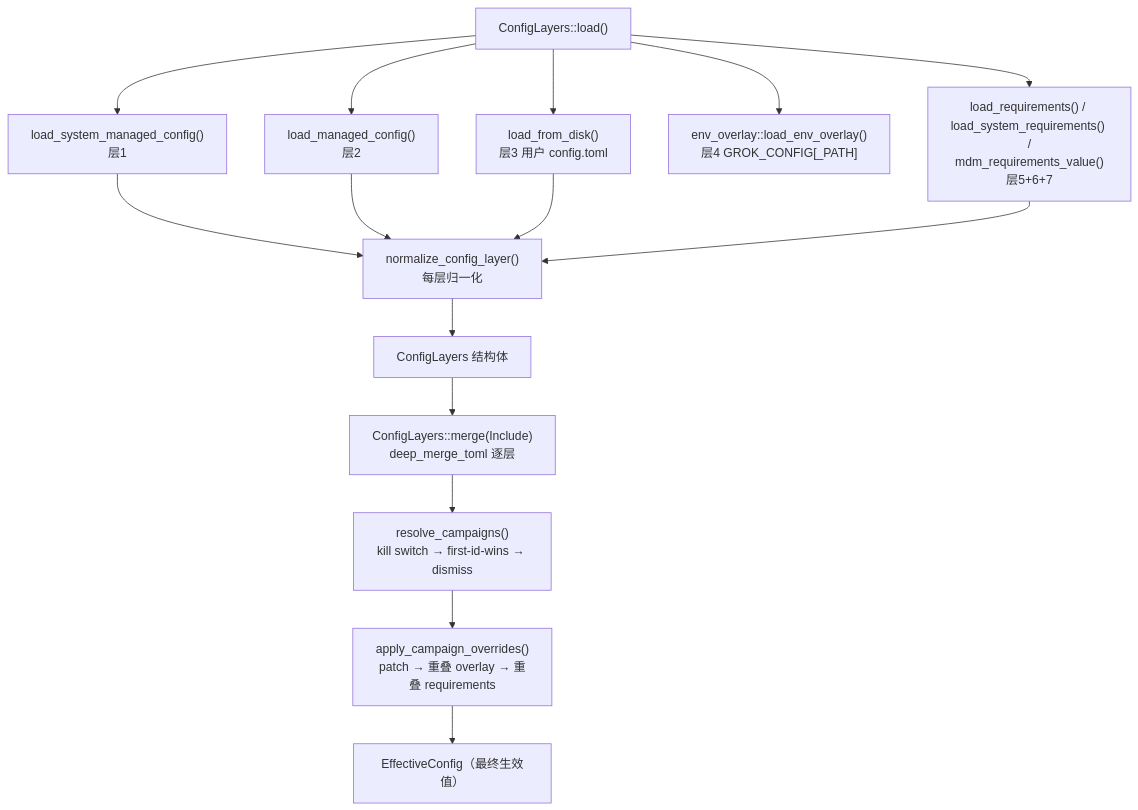
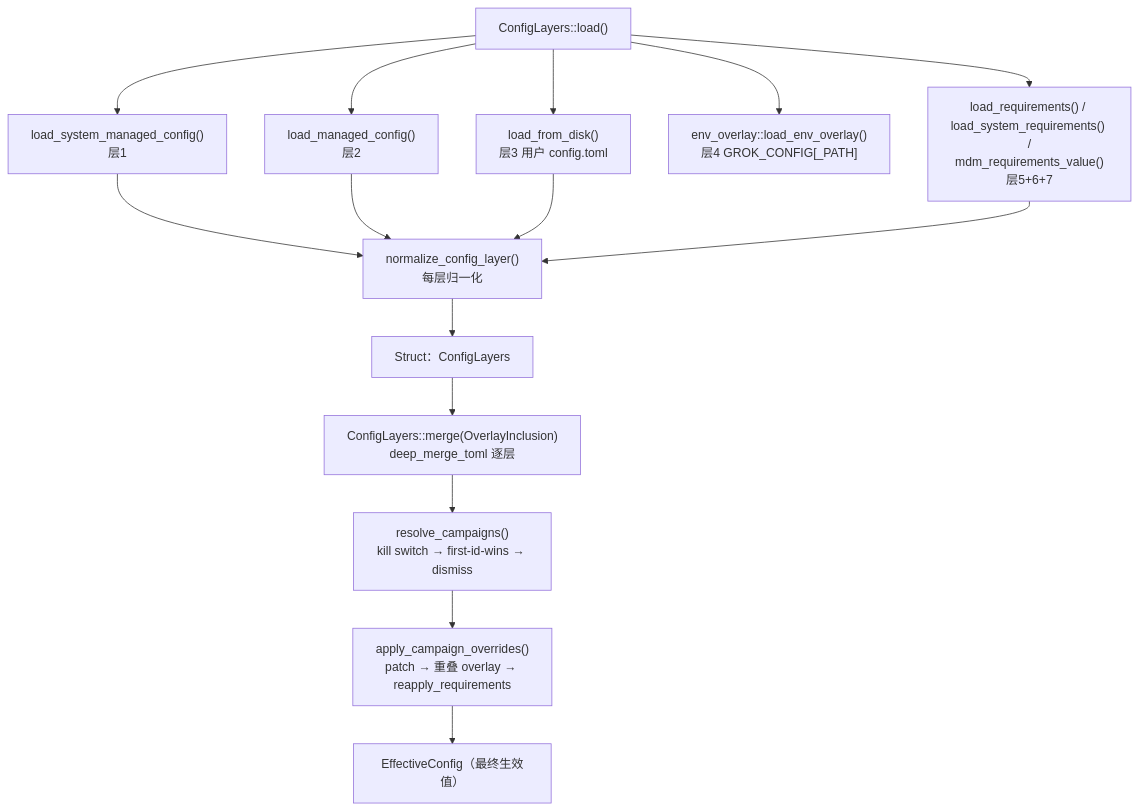
Before and after one commit to adrian9778/grok-build: the first of 2 diagrams in docs/adrian/sourceReader/06-配置与数据流.md, drawn with Mermaid. The commit also changed other lines of this file and 18 other files, not shown here.

````diff
--- a/docs/adrian/sourceReader/06-配置与数据流.md
+++ b/docs/adrian/sourceReader/06-配置与数据流.md
@@ -80,17 +95,17 @@
 ```mermaid
 flowchart TD
     A["ConfigLayers::load()"] --> B["load_system_managed_config()<br/>层1"]
     A --> C["load_managed_config()<br/>层2"]
     A --> D["load_from_disk()<br/>层3 用户 config.toml"]
     A --> E["env_overlay::load_env_overlay()<br/>层4 GROK_CONFIG[_PATH]"]
     A --> F["load_requirements() / load_system_requirements() /<br/>mdm_requirements_value()<br/>层5+6+7"]
     B --> G["normalize_config_layer()<br/>每层归一化"]
     C --> G
     D --> G
     F --> G
-    G --> H["ConfigLayers 结构体"]
-    H --> I["ConfigLayers::merge(Include)<br/>deep_merge_toml 逐层"]
+    G --> H["Struct：ConfigLayers"]
+    H --> I["ConfigLayers::merge(OverlayInclusion)<br/>deep_merge_toml 逐层"]
     I --> J["resolve_campaigns()<br/>kill switch → first-id-wins → dismiss"]
-    J --> K["apply_campaign_overrides()<br/>patch → 重叠 overlay → 重叠 requirements"]
+    J --> K["apply_campaign_overrides()<br/>patch → 重叠 overlay → reapply_requirements"]
     K --> L["EffectiveConfig（最终生效值）"]
 ```
````
